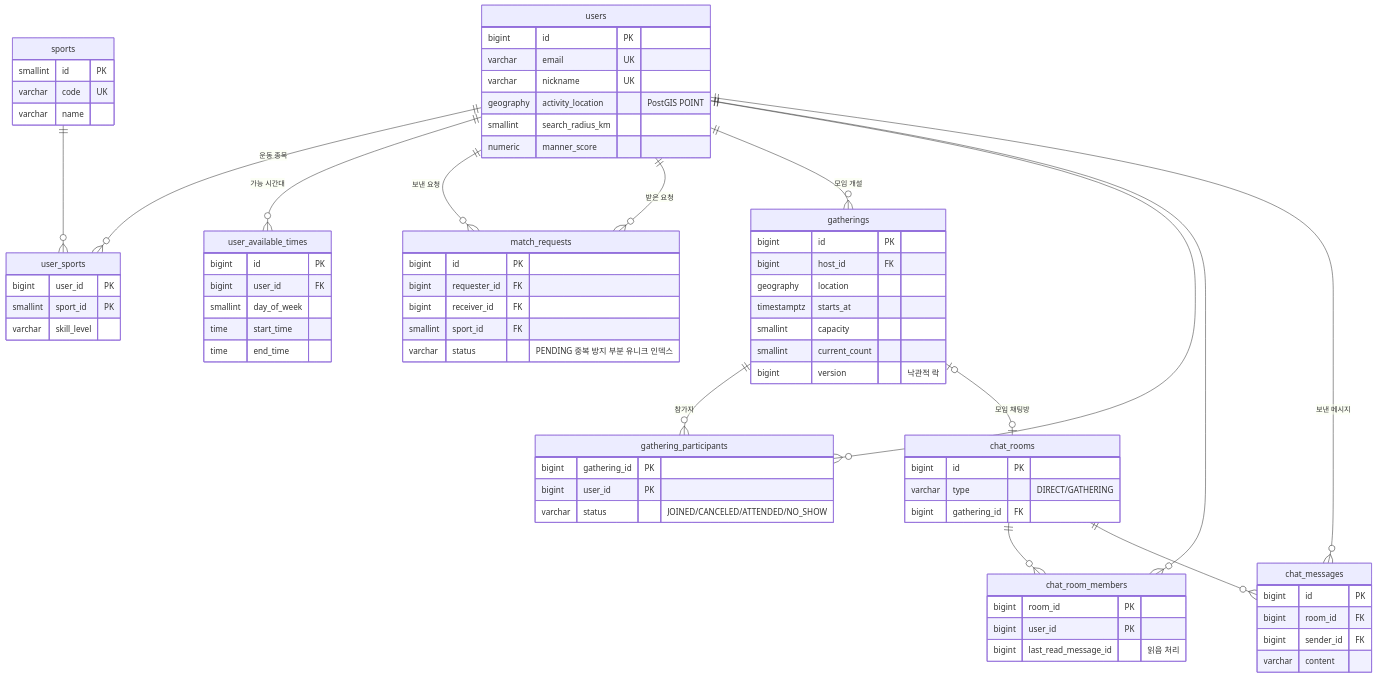
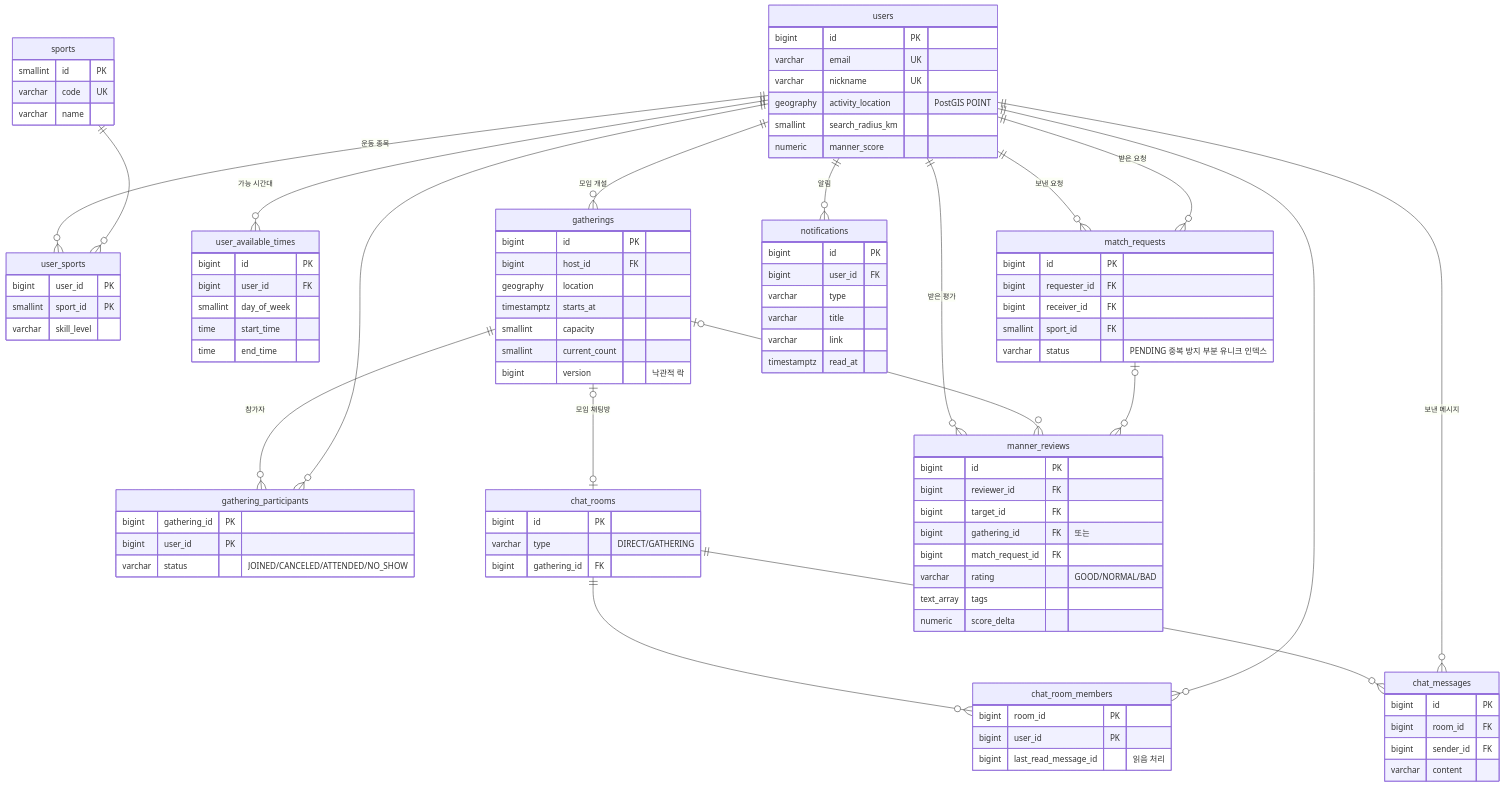
The diagram in README.md (khj0317/FitMate), drawn with Mermaid before and after one commit. The commit also changed other lines of this file and 50 other files, not shown here.

First line of the commit message:
Add gatherings, manner reviews and notifications

````diff
--- a/README.md
+++ b/README.md
@@ -252,6 +287,10 @@
     users ||--o{ chat_room_members : ""
     chat_rooms ||--o{ chat_messages : ""
     users ||--o{ chat_messages : "보낸 메시지"
+    users ||--o{ manner_reviews : "받은 평가"
+    gatherings |o--o{ manner_reviews : ""
+    match_requests |o--o{ manner_reviews : ""
+    users ||--o{ notifications : "알림"
 
     users {
         bigint id PK
@@ -315,4 +354,22 @@
         bigint sender_id FK
         varchar content
     }
+    manner_reviews {
+        bigint id PK
+        bigint reviewer_id FK
+        bigint target_id FK
+        bigint gathering_id FK "또는"
+        bigint match_request_id FK
+        varchar rating "GOOD/NORMAL/BAD"
+        text_array tags
+        numeric score_delta
+    }
+    notifications {
+        bigint id PK
+        bigint user_id FK
+        varchar type
+        varchar title
+        varchar link
+        timestamptz read_at
+    }
 ```
````
